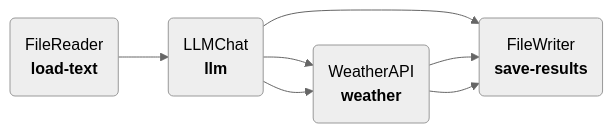
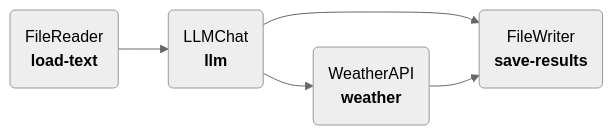
One commit to plugboard-dev/plugboard changed the diagram in docs/examples/tutorials/more-components.md. Above: the diagram before and after it, drawn with Mermaid (neutral theme).

Commit message:
Simplify

````diff
--- a/docs/examples/tutorials/more-components.md
+++ b/docs/examples/tutorials/more-components.md
@@ -18,9 +18,7 @@
 ```mermaid
  flowchart LR
     llm@{ shape: rounded, label: LLMChat<br>**llm** } --> weather@{ shape: rounded, label: WeatherAPI<br>**weather** }
     llm@{ shape: rounded, label: LLMChat<br>**llm** } --> save-results@{ shape: rounded, label: FileWriter<br>**save-results** }
-    llm@{ shape: rounded, label: LLMChat<br>**llm** } --> weather@{ shape: rounded, label: WeatherAPI<br>**weather** }
     load-text@{ shape: rounded, label: FileReader<br>**load-text** } --> llm@{ shape: rounded, label: LLMChat<br>**llm** }
     weather@{ shape: rounded, label: WeatherAPI<br>**weather** } --> save-results@{ shape: rounded, label: FileWriter<br>**save-results** }
-    weather@{ shape: rounded, label: WeatherAPI<br>**weather** } --> save-results@{ shape: rounded, label: FileWriter<br>**save-results** }
 ```
````
